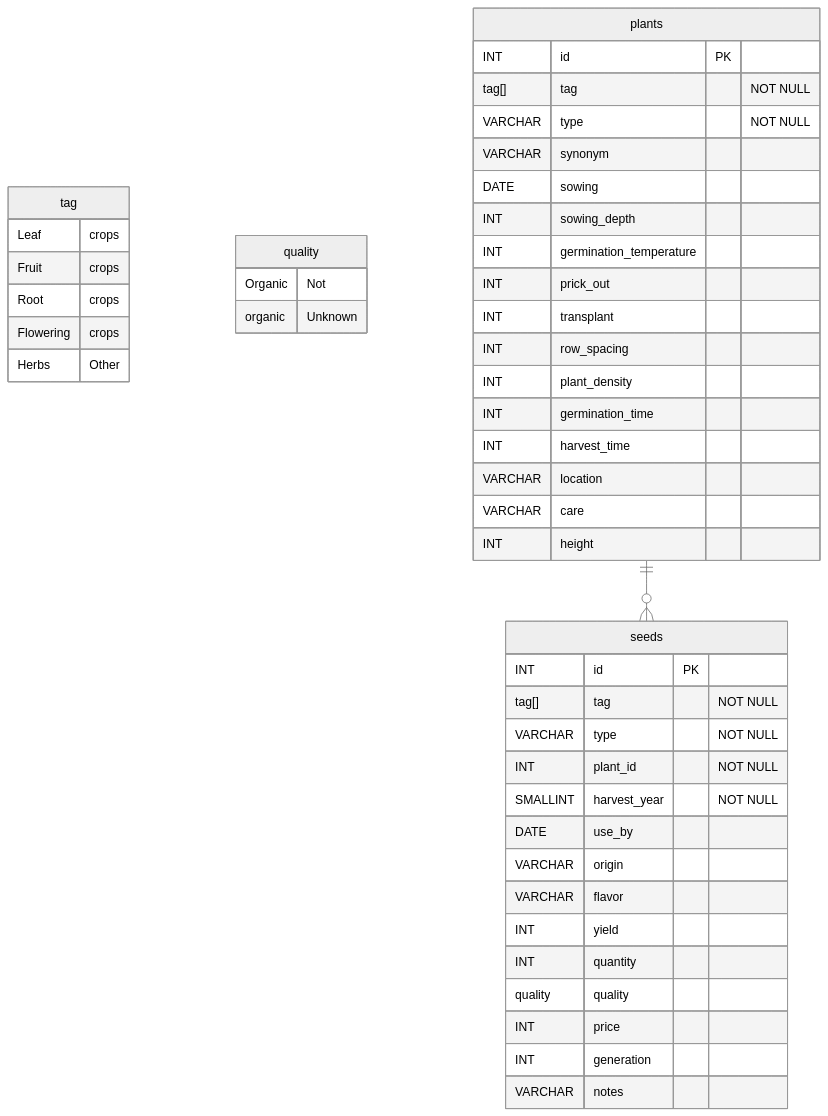
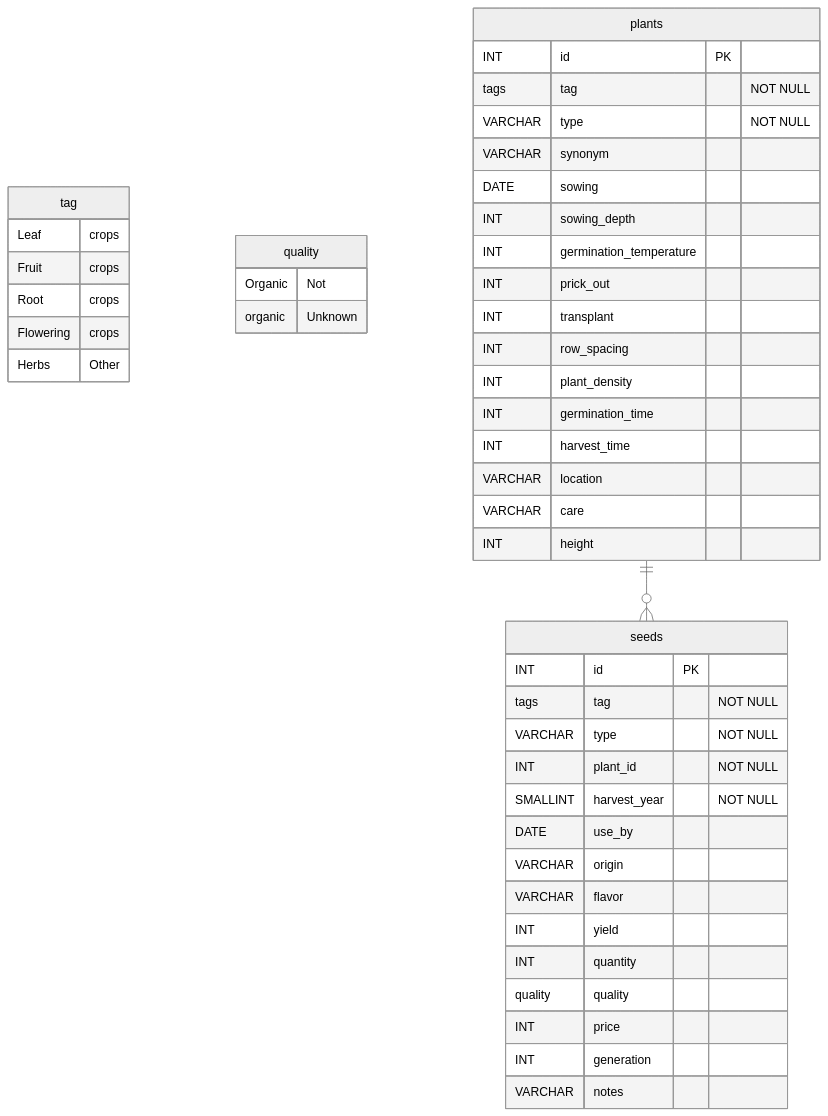
One commit to ElektraInitiative/PermaplanT changed the diagram in doc/architecture/database_schemata.md. Above: the diagram before and after it, drawn with Mermaid (neutral theme).

Commit message:
fix mermaid render error

````diff
--- a/doc/architecture/database_schemata.md
+++ b/doc/architecture/database_schemata.md
@@ -60,56 +60,56 @@
 ```mermaid 
 erDiagram
 
 tag {
   Leaf crops
   Fruit crops
   Root crops
   Flowering crops
   Herbs
   Other
 }
 
 quality {
   Organic
   Not organic
   Unknown
 }
 
 seeds {
   INT id PK
-  tag[] tag "NOT NULL"
+  tags tag "NOT NULL"
   VARCHAR type "NOT NULL"
   INT plant_id "NOT NULL"
   SMALLINT harvest_year "NOT NULL"
   DATE use_by
   VARCHAR origin
   VARCHAR flavor
   INT yield
   INT quantity
   quality quality
   INT price
   INT generation
   VARCHAR notes
 }
 
 plants {
   INT id PK
-  tag[] tag "NOT NULL"
+  tags tag "NOT NULL"
   VARCHAR type "NOT NULL"
   VARCHAR synonym
   DATE sowing
   INT sowing_depth
   INT germination_temperature
   INT prick_out
   INT transplant
   INT row_spacing
   INT plant_density
   INT germination_time
   INT harvest_time
   VARCHAR location
   VARCHAR care
   INT height
 }
 
 plants ||--o{ seeds : ""
 ```
````
